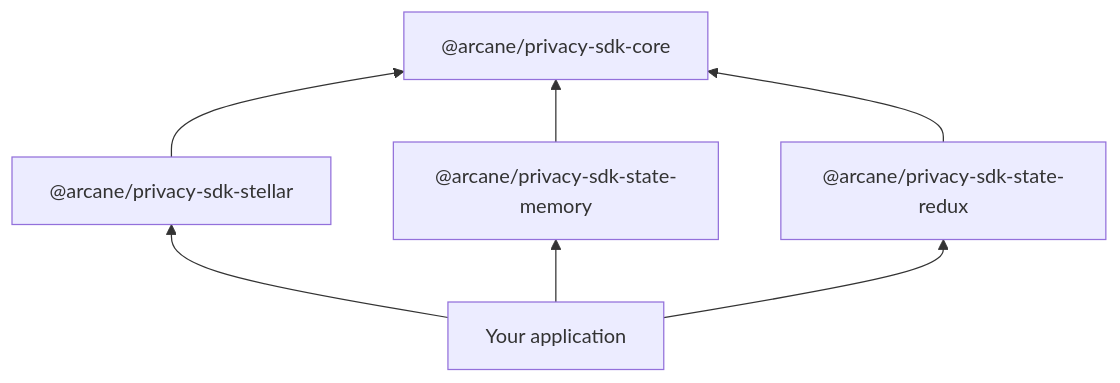
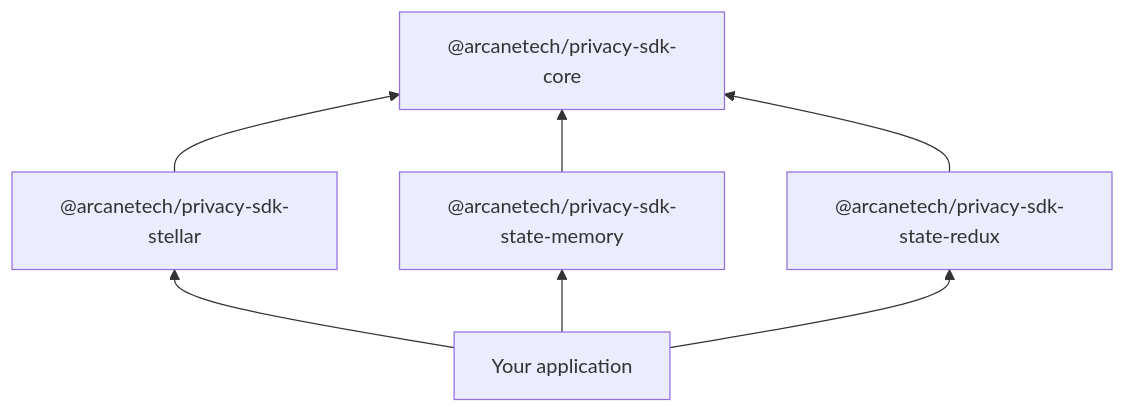
Before and after one commit to Polynom-Labs/privacy-layer-confidential-sdk: the first of 2 diagrams in docs/overview/packages.mdx, drawn with Mermaid. The commit also changed other lines of this file and 62 other files, not shown here.

````diff
--- a/docs/overview/packages.mdx
+++ b/docs/overview/packages.mdx
@@ -18,15 +18,15 @@
 ```mermaid
 flowchart BT
   App[Your application]
-  Stellar["@arcane/privacy-sdk-stellar"]
-  Core["@arcane/privacy-sdk-core"]
-  Memory["@arcane/privacy-sdk-state-memory"]
-  Redux["@arcane/privacy-sdk-state-redux"]
+  Stellar["@arcanetech/privacy-sdk-stellar"]
+  Core["@arcanetech/privacy-sdk-core"]
+  Memory["@arcanetech/privacy-sdk-state-memory"]
+  Redux["@arcanetech/privacy-sdk-state-redux"]
 
   App --> Stellar
   App --> Memory
   App --> Redux
   Stellar --> Core
   Memory --> Core
   Redux --> Core
 ```
````
